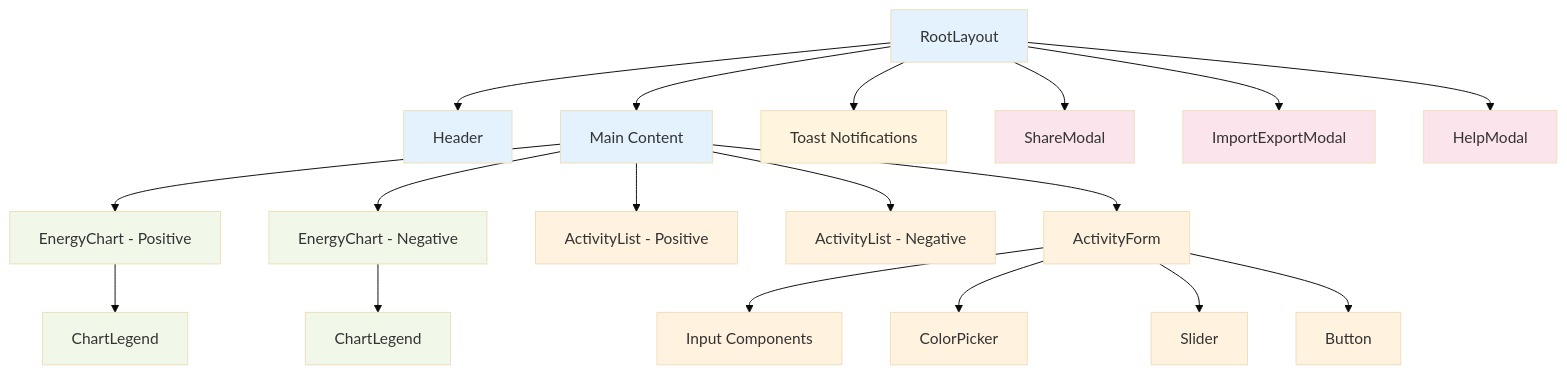
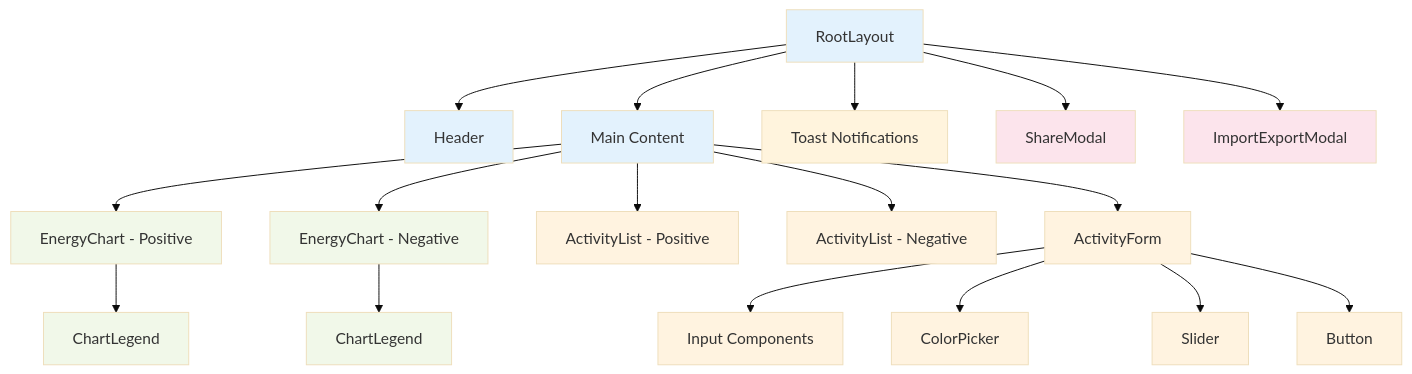
The third of 13 diagrams in docs/software_design.md (tobihagemann/energiekuchen), drawn with Mermaid (base theme) before and after one commit. The commit also changed other lines of this file and 9 other files, not shown here.

Commit message:
Remove help modal

````diff
--- a/docs/software_design.md
+++ b/docs/software_design.md
@@ -172,34 +171,33 @@
 ```mermaid
 graph TD
     A[RootLayout] --> B[Header]
     A --> C[Main Content]
     A --> D[Toast Notifications]
 
     C --> E[EnergyChart - Positive]
     C --> F[EnergyChart - Negative]
     C --> G[ActivityList - Positive]
     C --> H[ActivityList - Negative]
     C --> I[ActivityForm]
 
     E --> J[ChartLegend]
     F --> K[ChartLegend]
 
     A --> L[ShareModal]
     A --> M[ImportExportModal]
-    A --> N[HelpModal]
 
     I --> P[Input Components]
     I --> Q[ColorPicker]
     I --> R[Slider]
     I --> S[Button]
 
     classDef layout fill:#e3f2fd
     classDef chart fill:#f1f8e9
     classDef form fill:#fff3e0
     classDef modal fill:#fce4ec
 
     class A,B,C layout
     class E,F,J,K chart
     class G,H,I,P,Q,R,S form
     class L,M,N,O modal
 ```
````
